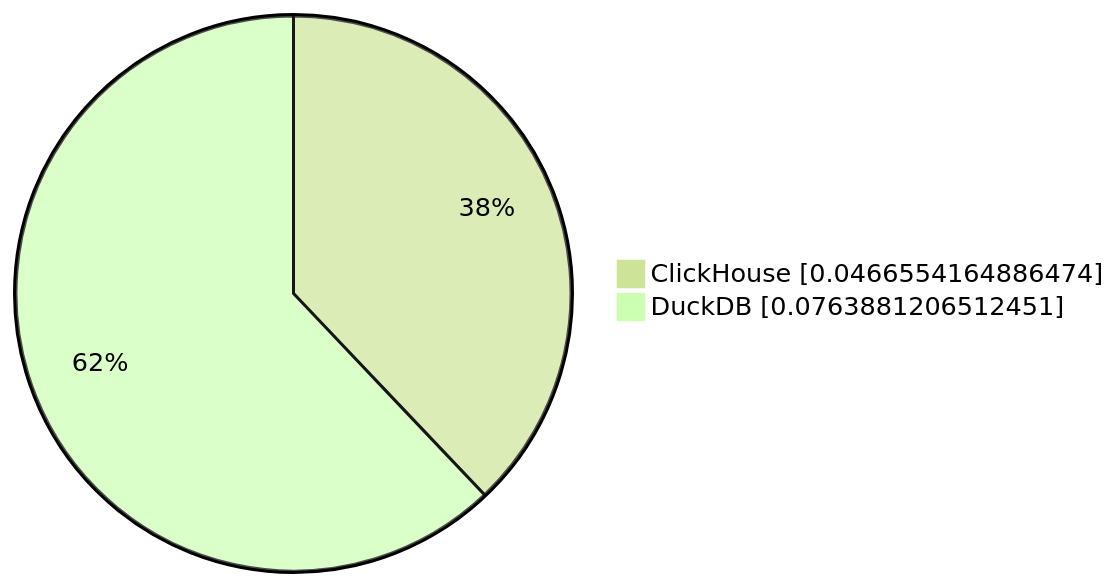
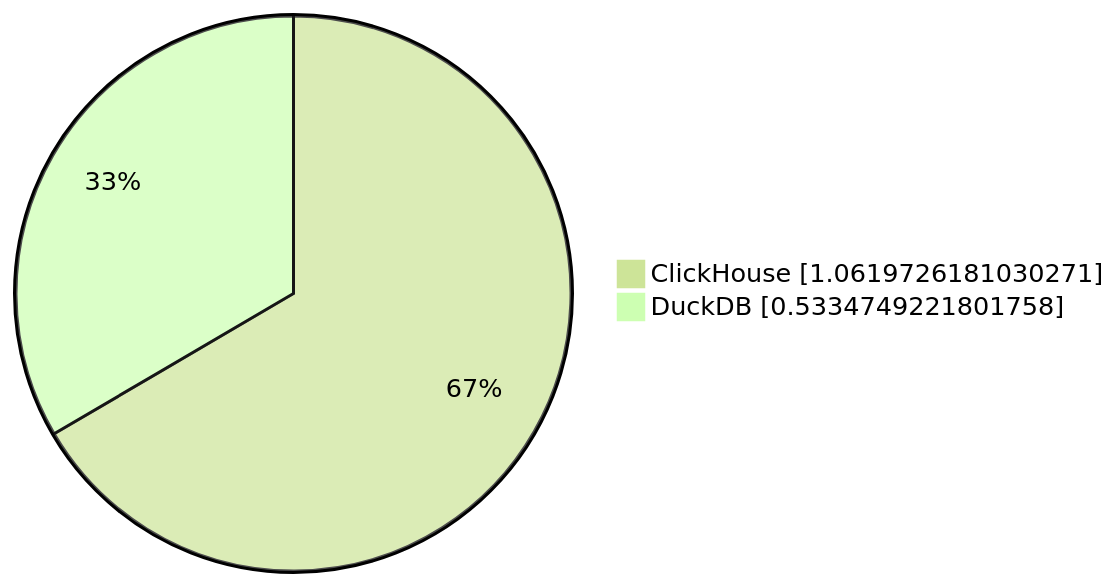
One commit to Altinity/clickhouse-regression changed the seventh of 10 diagrams in parquet/performance/results/README.md. Above: the diagram before and after it, drawn with Mermaid (forest theme). The commit also changed other lines of this file and 4 other files, not shown here.

````diff
--- a/parquet/performance/results/README.md
+++ b/parquet/performance/results/README.md
@@ -68,5 +70,5 @@
 ```mermaid
      pie showData
-         "ClickHouse" : 0.0466554164886474
-         "DuckDB" : 0.0763881206512451
+         "ClickHouse" : 1.0619726181030271
+         "DuckDB" : 0.5334749221801758
 ```
````
